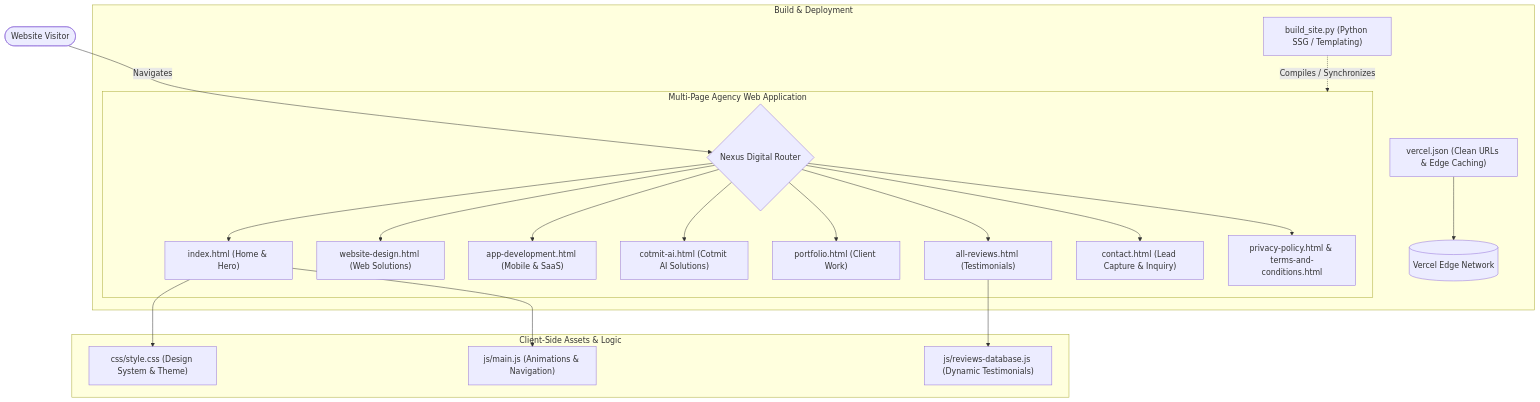
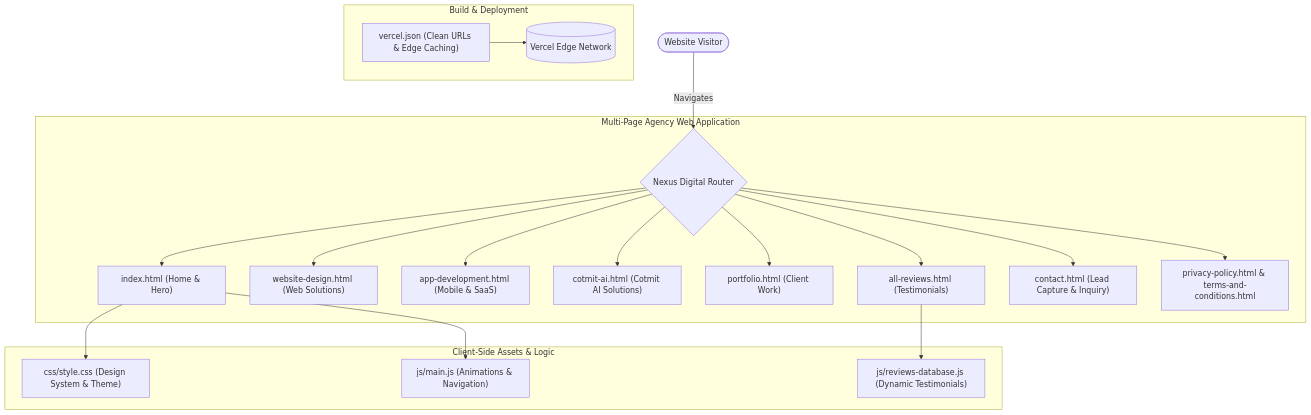
The diagram in README.md (nexusdeveloper491/nexus-digital), drawn with Mermaid before and after one commit. The commit also changed other lines of this file and 3 other files, not shown here.

````diff
--- a/README.md
+++ b/README.md
@@ -79,26 +73,25 @@
 ```mermaid
 flowchart TD
     Visitor(["Website Visitor"]) -->|"Navigates"| Router{"Nexus Digital Router"}
     
     subgraph Pages ["Multi-Page Agency Web Application"]
         Router --> Home["index.html (Home & Hero)"]
         Router --> WebDev["website-design.html (Web Solutions)"]
         Router --> AppDev["app-development.html (Mobile & SaaS)"]
         Router --> AI["cotmit-ai.html (Cotmit AI Solutions)"]
         Router --> Portfolio["portfolio.html (Client Work)"]
         Router --> Reviews["all-reviews.html (Testimonials)"]
         Router --> Contact["contact.html (Lead Capture & Inquiry)"]
         Router --> Legal["privacy-policy.html & terms-and-conditions.html"]
     end
 
     subgraph ClientEngine ["Client-Side Assets & Logic"]
         Home --> CSS["css/style.css (Design System & Theme)"]
         Home --> JS["js/main.js (Animations & Navigation)"]
         Reviews --> ReviewDB["js/reviews-database.js (Dynamic Testimonials)"]
     end
 
     subgraph BuildPipeline ["Build & Deployment"]
-        BuildPy["build_site.py (Python SSG / Templating)"] -.->|Compiles / Synchronizes| Pages
         VercelConfig["vercel.json (Clean URLs & Edge Caching)"] --> Edge[("Vercel Edge Network")]
     end
 ```
````
